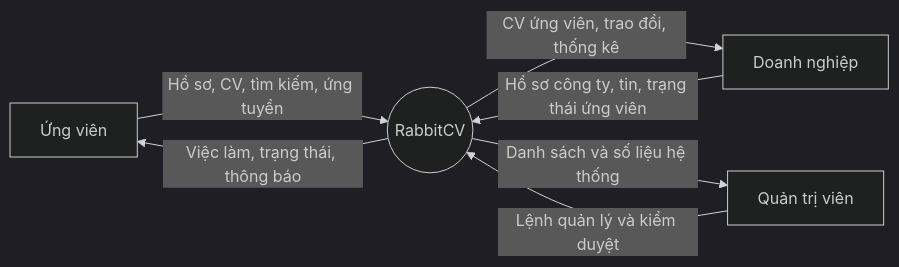
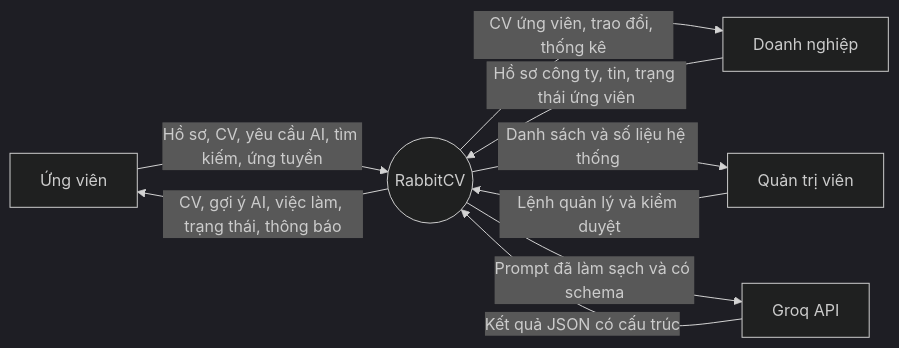
Before and after one commit to vinhvt619/DA2: the third of 12 diagrams in docs/bao-cao-do-an-rabbitcv.md, drawn with Mermaid (dark theme). The commit also changed other lines of this file and 172 other files, not shown here.

````diff
--- a/docs/bao-cao-do-an-rabbitcv.md
+++ b/docs/bao-cao-do-an-rabbitcv.md
@@ -305,9 +330,11 @@
 ```mermaid
 flowchart LR
-    Candidate[Ứng viên] -->|Hồ sơ, CV, tìm kiếm, ứng tuyển| System((RabbitCV))
-    System -->|Việc làm, trạng thái, thông báo| Candidate
-    Company[Doanh nghiệp] -->|Hồ sơ công ty, tin, trạng thái ứng viên| System
-    System -->|CV ứng viên, trao đổi, thống kê| Company
-    Admin[Quản trị viên] -->|Lệnh quản lý và kiểm duyệt| System
-    System -->|Danh sách và số liệu hệ thống| Admin
+    Candidate["Ứng viên"] -->|"Hồ sơ, CV, yêu cầu AI, tìm kiếm, ứng tuyển"| System((RabbitCV))
+    System -->|"CV, gợi ý AI, việc làm, trạng thái, thông báo"| Candidate
+    Company["Doanh nghiệp"] -->|"Hồ sơ công ty, tin, trạng thái ứng viên"| System
+    System -->|"CV ứng viên, trao đổi, thống kê"| Company
+    Admin["Quản trị viên"] -->|"Lệnh quản lý và kiểm duyệt"| System
+    System -->|"Danh sách và số liệu hệ thống"| Admin
+    System -->|"Prompt đã làm sạch và có schema"| Provider["Groq API"]
+    Provider -->|"Kết quả JSON có cấu trúc"| System
 ```
````
